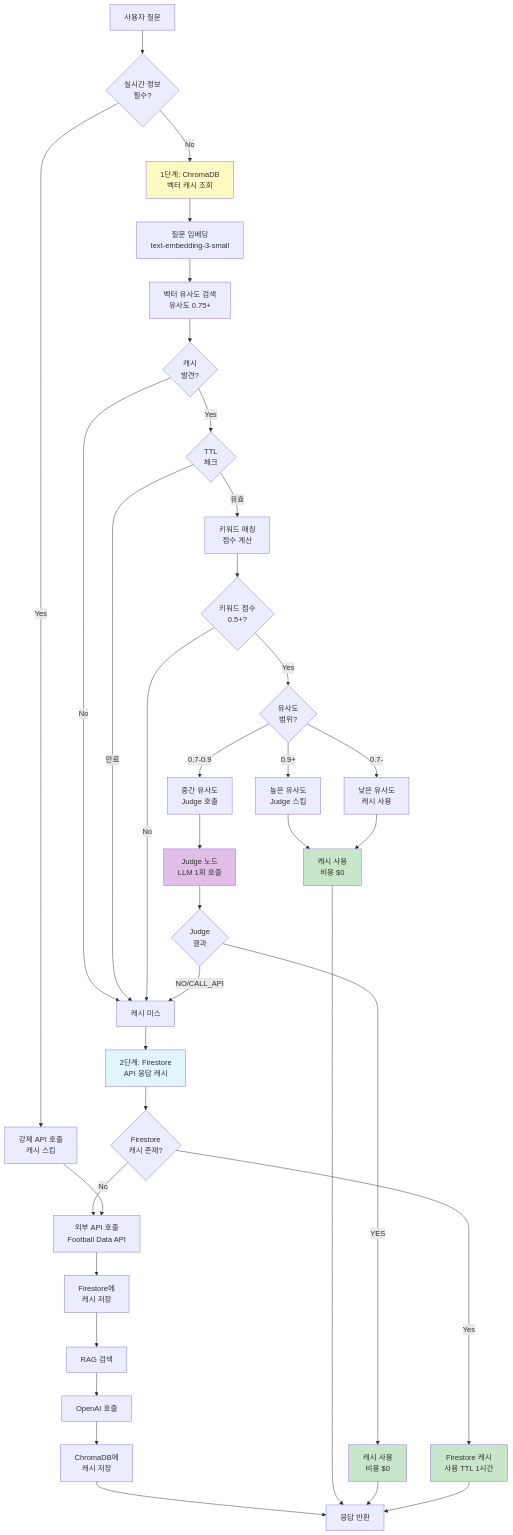
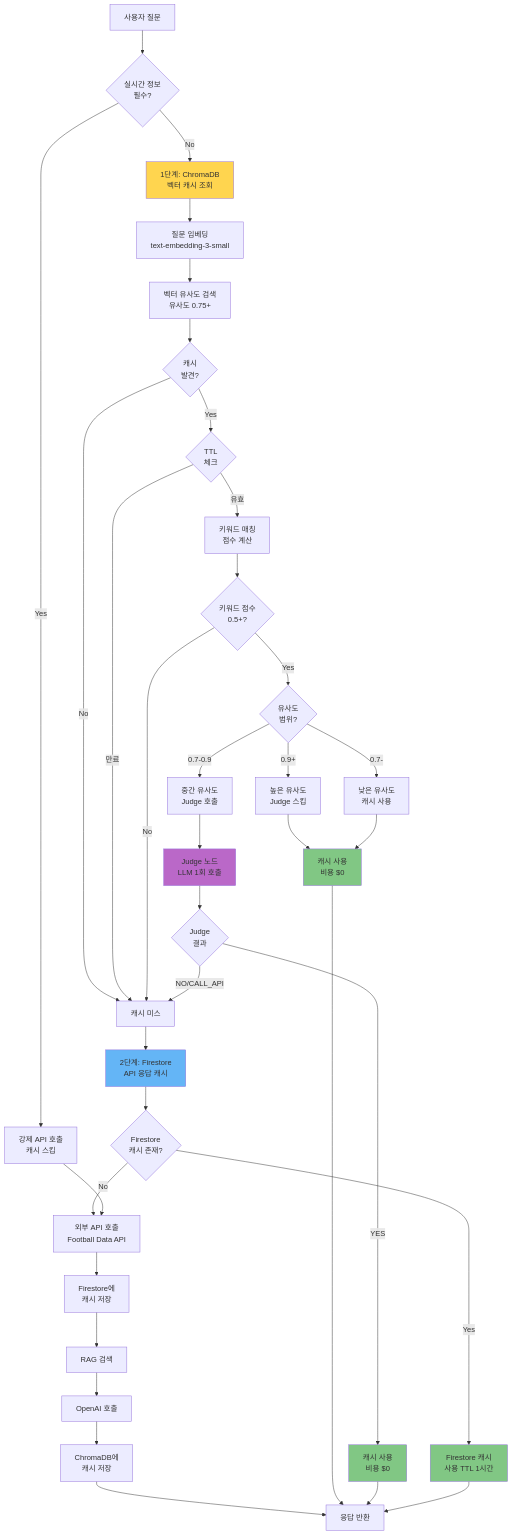
Before and after one commit to seolmiseon/fsf-llm-platform: the third of 6 diagrams in FSF_ARCHITECTURE_DIAGRAM.md, drawn with Mermaid. The commit also changed other lines of this file and 6 other files, not shown here.

````diff
--- a/FSF_ARCHITECTURE_DIAGRAM.md
+++ b/FSF_ARCHITECTURE_DIAGRAM.md
@@ -160,53 +182,53 @@
 ```mermaid
 flowchart TD
     Query[사용자 질문] --> Router{실시간 정보<br/>필수?}
     Router -->|Yes| ForceAPI[강제 API 호출<br/>캐시 스킵]
     Router -->|No| Step1[1단계: ChromaDB<br/>벡터 캐시 조회]
 
     Step1 --> Embed[질문 임베딩<br/>text-embedding-3-small]
     Embed --> VectorSearch[벡터 유사도 검색<br/>유사도 0.75+]
     VectorSearch --> Found{캐시<br/>발견?}
 
     Found -->|No| Miss[캐시 미스]
     Found -->|Yes| TTL{TTL<br/>체크}
     TTL -->|만료| Miss
     TTL -->|유효| Keyword[키워드 매칭<br/>점수 계산]
 
     Keyword --> KeywordCheck{키워드 점수<br/>0.5+?}
     KeywordCheck -->|No| Miss
     KeywordCheck -->|Yes| Similarity{유사도<br/>범위?}
 
     Similarity -->|0.9+| HighSim[높은 유사도<br/>Judge 스킵]
     Similarity -->|0.7-0.9| MidSim[중간 유사도<br/>Judge 호출]
     Similarity -->|0.7-| LowSim[낮은 유사도<br/>캐시 사용]
 
     HighSim --> UseCache1[캐시 사용<br/>비용 $0]
     LowSim --> UseCache1
 
     MidSim --> Judge[Judge 노드<br/>LLM 1회 호출]
     Judge --> JudgeResult{Judge<br/>결과}
     JudgeResult -->|YES| UseCache2[캐시 사용<br/>비용 $0]
     JudgeResult -->|NO/CALL_API| Miss
 
     Miss --> Step2[2단계: Firestore<br/>API 응답 캐시]
     Step2 --> FirestoreCheck{Firestore<br/>캐시 존재?}
     FirestoreCheck -->|Yes| UseFirestore[Firestore 캐시<br/>사용 TTL 1시간]
     FirestoreCheck -->|No| API[외부 API 호출<br/>Football Data API]
     API --> SaveFirestore[Firestore에<br/>캐시 저장]
     SaveFirestore --> RAG[RAG 검색]
     RAG --> LLM[OpenAI 호출]
     LLM --> SaveChroma[ChromaDB에<br/>캐시 저장]
     SaveChroma --> Response[응답 반환]
 
     UseCache1 --> Response
     UseCache2 --> Response
     UseFirestore --> Response
     ForceAPI --> API
 
-    style Step1 fill:#fff9c4
-    style Step2 fill:#e1f5ff
-    style Judge fill:#e1bee7
-    style UseCache1 fill:#c8e6c9
-    style UseCache2 fill:#c8e6c9
-    style UseFirestore fill:#c8e6c9
+    style Step1 fill:#FFD54F
+    style Step2 fill:#64B5F6
+    style Judge fill:#BA68C8
+    style UseCache1 fill:#81C784
+    style UseCache2 fill:#81C784
+    style UseFirestore fill:#81C784
 ```
````
